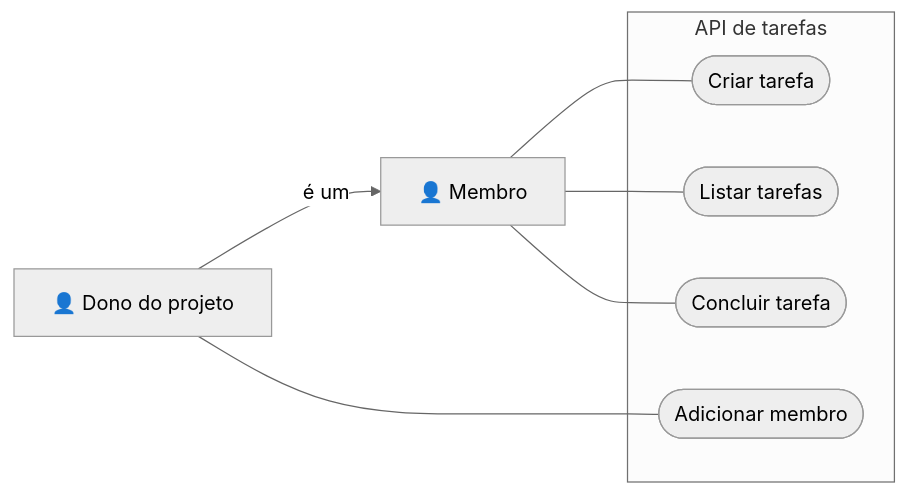
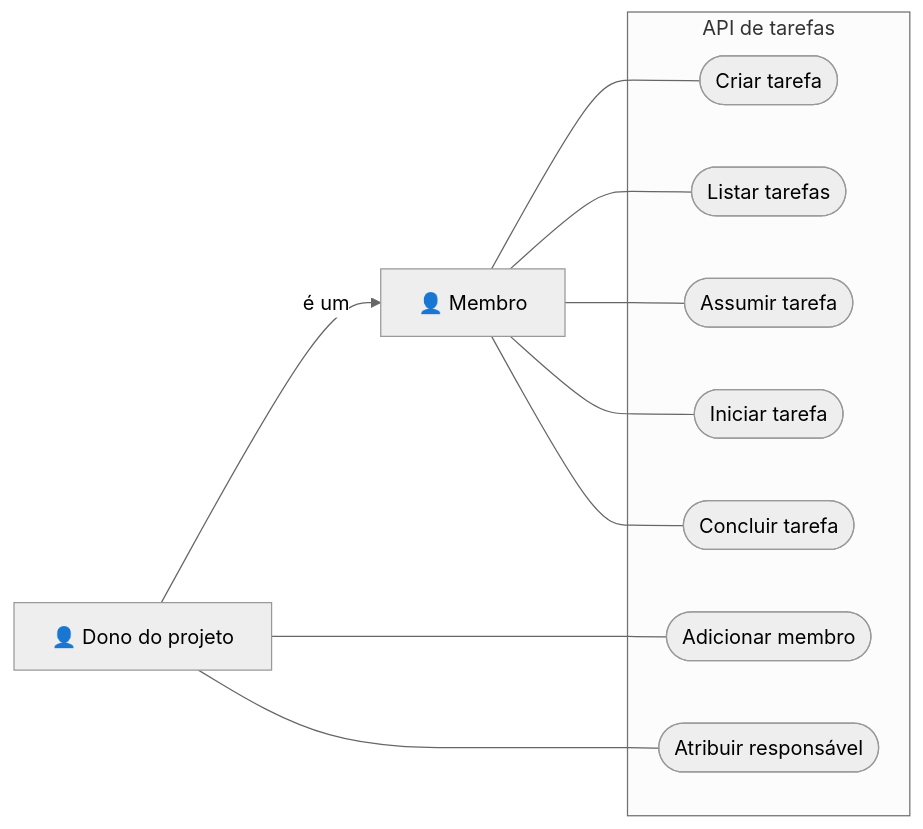
The first of 3 diagrams in docs/capitulos/03_especificacao_requisitos.md (lambdageo-edu/book-engenharia-de-software), drawn with Mermaid (neutral theme) before and after one commit. The commit also changed other lines of this file and 8 other files, not shown here.

````diff
--- a/docs/capitulos/03_especificacao_requisitos.md
+++ b/docs/capitulos/03_especificacao_requisitos.md
@@ -151,16 +151,22 @@
 ```mermaid
 flowchart LR
     membro["👤 Membro"]
     dono["👤 Dono do projeto"]
     subgraph api[API de tarefas]
         criar([Criar tarefa])
         listar([Listar tarefas])
+        assumir([Assumir tarefa])
+        iniciar([Iniciar tarefa])
         concluir([Concluir tarefa])
         convidar([Adicionar membro])
+        atribuir([Atribuir responsável])
     end
     membro --- criar
     membro --- listar
+    membro --- assumir
+    membro --- iniciar
     membro --- concluir
     dono --- convidar
+    dono --- atribuir
     dono -- é um --> membro
 ```
````
